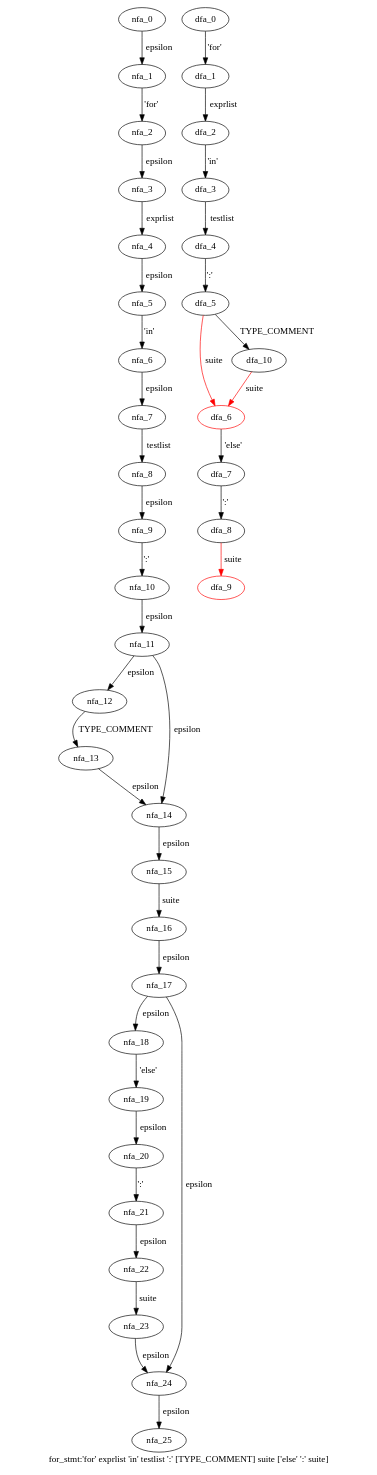
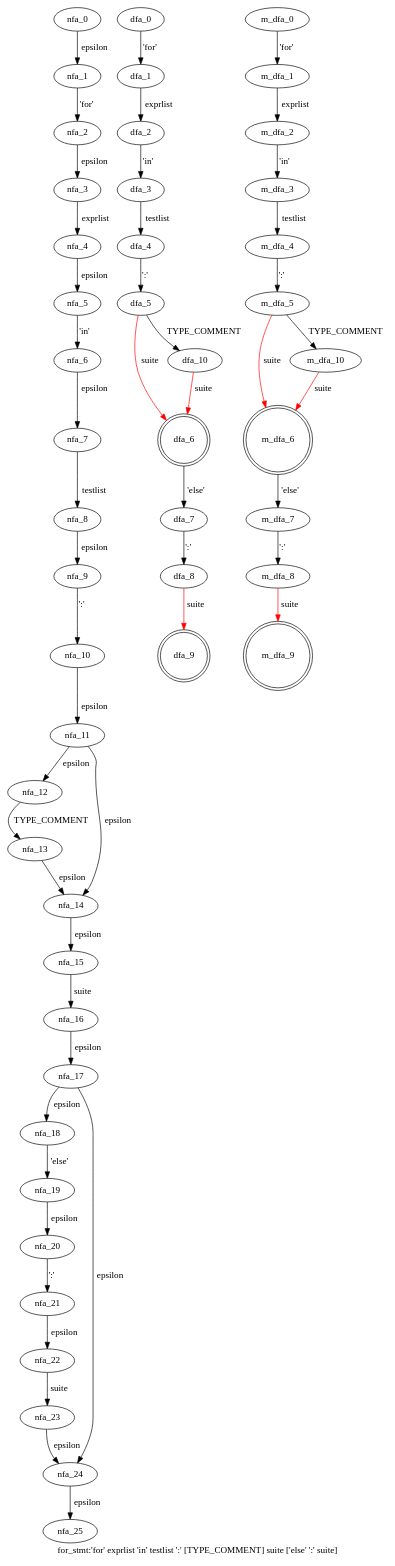
One commit to WinChua/blog changed the diagram in cpython/grammar/handwrite/nfa_dfas/43.for_stmt.dot. Above: the diagram before and after it, drawn with Graphviz. The commit also changed 183 other files, not shown here.

```diff
--- a/cpython/grammar/handwrite/nfa_dfas/43.for_stmt.dot
+++ b/cpython/grammar/handwrite/nfa_dfas/43.for_stmt.dot
@@ -1,47 +1,62 @@
 digraph for_stmt {
  graph[label="for_stmt:'for' exprlist 'in' testlist ':' [TYPE_COMMENT] suite ['else' ':' suite]"]
  subgraph for_stmt_nfa {
   nfa_0->nfa_1[label="epsilon"]
   nfa_1->nfa_2[label="'for'"]
   nfa_2->nfa_3[label="epsilon"]
   nfa_3->nfa_4[label="exprlist"]
   nfa_4->nfa_5[label="epsilon"]
   nfa_5->nfa_6[label="'in'"]
   nfa_6->nfa_7[label="epsilon"]
   nfa_7->nfa_8[label="testlist"]
   nfa_8->nfa_9[label="epsilon"]
   nfa_9->nfa_10[label="':'"]
   nfa_10->nfa_11[label="epsilon"]
   nfa_11->nfa_12[label="epsilon"]
   nfa_12->nfa_13[label="TYPE_COMMENT"]
   nfa_13->nfa_14[label="epsilon"]
   nfa_14->nfa_15[label="epsilon"]
   nfa_15->nfa_16[label="suite"]
   nfa_16->nfa_17[label="epsilon"]
   nfa_17->nfa_18[label="epsilon"]
   nfa_18->nfa_19[label="'else'"]
   nfa_19->nfa_20[label="epsilon"]
   nfa_20->nfa_21[label="':'"]
   nfa_21->nfa_22[label="epsilon"]
   nfa_22->nfa_23[label="suite"]
   nfa_23->nfa_24[label="epsilon"]
   nfa_24->nfa_25[label="epsilon"]
   nfa_17->nfa_24[label="epsilon"]
   nfa_11->nfa_14[label="epsilon"]
   }
  subgraph for_stmt_dfa {
   dfa_0->dfa_1[label="'for'"]
   dfa_1->dfa_2[label="exprlist"]
   dfa_2->dfa_3[label="'in'"]
   dfa_3->dfa_4[label="testlist"]
   dfa_4->dfa_5[label="':'"]
   dfa_5->dfa_6[label="suite",color=red]
   dfa_6->dfa_7[label="'else'"]
   dfa_7->dfa_8[label="':'"]
   dfa_8->dfa_9[label="suite",color=red]
   dfa_5->dfa_10[label="TYPE_COMMENT"]
   dfa_10->dfa_6[label="suite",color=red]
-  dfa_9[color=red]
-  dfa_6[color=red]
+  dfa_9[shape=doublecircle]
+  dfa_6[shape=doublecircle]
+  }
+ subgraph for_stmt_m_dfa {
+  m_dfa_0->m_dfa_1[label="'for'"]
+  m_dfa_1->m_dfa_2[label="exprlist"]
+  m_dfa_2->m_dfa_3[label="'in'"]
+  m_dfa_3->m_dfa_4[label="testlist"]
+  m_dfa_4->m_dfa_5[label="':'"]
+  m_dfa_5->m_dfa_6[label="suite",color=red]
+  m_dfa_6->m_dfa_7[label="'else'"]
+  m_dfa_7->m_dfa_8[label="':'"]
+  m_dfa_8->m_dfa_9[label="suite",color=red]
+  m_dfa_5->m_dfa_10[label="TYPE_COMMENT"]
+  m_dfa_10->m_dfa_6[label="suite",color=red]
+  m_dfa_9[shape=doublecircle]
+  m_dfa_6[shape=doublecircle]
   }
 }
```
